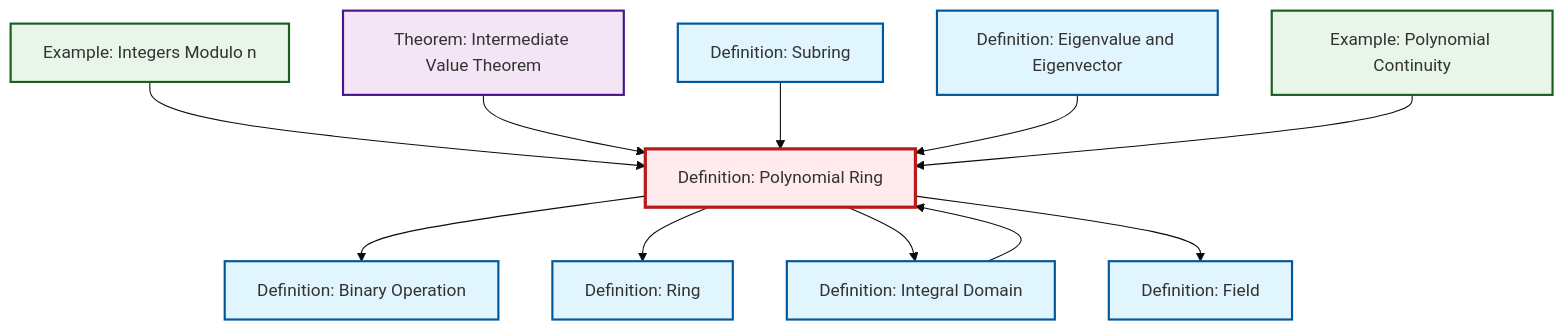
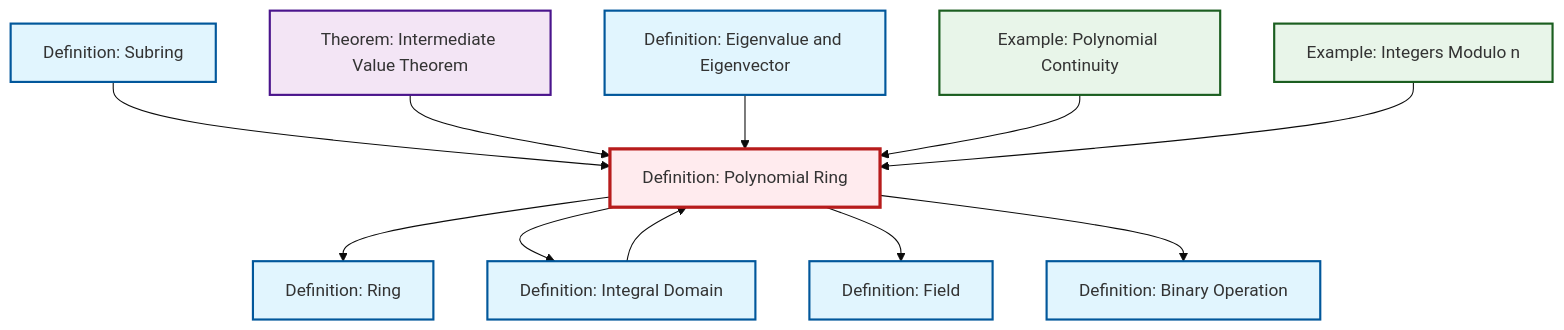
One commit to RK0429/ModernMath changed the diagram in content/ja/algebra/def-polynomial-ring.qmd. Above: the diagram before and after it, drawn with Mermaid (base theme). The commit also changed other lines of this file and 654 other files, not shown here.

First line of the commit message:
fix: Update cross-references to equivalence relation in quotient ring definitions

````diff
--- a/content/ja/algebra/def-polynomial-ring.qmd
+++ b/content/ja/algebra/def-polynomial-ring.qmd
@@ -94,39 +94,39 @@
 ```{mermaid}
 %%| fig-cap: "Local dependency graph"
 graph TD
     classDef definition fill:#e1f5fe,stroke:#01579b,stroke-width:2px
     classDef theorem fill:#f3e5f5,stroke:#4a148c,stroke-width:2px
     classDef axiom fill:#fff3e0,stroke:#e65100,stroke-width:2px
     classDef example fill:#e8f5e9,stroke:#1b5e20,stroke-width:2px
     classDef current fill:#ffebee,stroke:#b71c1c,stroke-width:3px
+    ex-polynomial-continuity["Example: Polynomial Continuity"]:::example
+    def-polynomial-ring["Definition: Polynomial Ring"]:::definition
+    def-field["Definition: Field"]:::definition
+    thm-intermediate-value["Theorem: Intermediate Value Theorem"]:::theorem
+    def-eigenvalue-eigenvector["Definition: Eigenvalue and Eigenvector"]:::definition
+    def-ring["Definition: Ring"]:::definition
     def-binary-operation["Definition: Binary Operation"]:::definition
-    ex-polynomial-continuity["Example: Polynomial Continuity"]:::example
-    def-ring["Definition: Ring"]:::definition
-    def-eigenvalue-eigenvector["Definition: Eigenvalue and Eigenvector"]:::definition
     def-integral-domain["Definition: Integral Domain"]:::definition
     def-subring["Definition: Subring"]:::definition
     ex-quotient-integers-mod-n["Example: Integers Modulo n"]:::example
-    def-field["Definition: Field"]:::definition
-    thm-intermediate-value["Theorem: Intermediate Value Theorem"]:::theorem
-    def-polynomial-ring["Definition: Polynomial Ring"]:::definition
-    ex-quotient-integers-mod-n --> def-polynomial-ring
+    def-polynomial-ring --> def-ring
+    def-subring --> def-polynomial-ring
+    def-polynomial-ring --> def-integral-domain
     thm-intermediate-value --> def-polynomial-ring
-    def-polynomial-ring --> def-binary-operation
-    def-subring --> def-polynomial-ring
+    def-polynomial-ring --> def-field
+    def-integral-domain --> def-polynomial-ring
     def-eigenvalue-eigenvector --> def-polynomial-ring
     ex-polynomial-continuity --> def-polynomial-ring
-    def-integral-domain --> def-polynomial-ring
-    def-polynomial-ring --> def-ring
-    def-polynomial-ring --> def-integral-domain
-    def-polynomial-ring --> def-field
+    ex-quotient-integers-mod-n --> def-polynomial-ring
+    def-polynomial-ring --> def-binary-operation
     class def-polynomial-ring current
+    click ex-polynomial-continuity "ex-polynomial-continuity.html" "Example: Polynomial Continuityへ"
+    click def-field "def-field.html" "Definition: Fieldへ"
+    click thm-intermediate-value "thm-intermediate-value.html" "Theorem: Intermediate Value Theoremへ"
+    click def-eigenvalue-eigenvector "def-eigenvalue-eigenvector.html" "Definition: Eigenvalue and Eigenvectorへ"
+    click def-ring "def-ring.html" "Definition: Ringへ"
     click def-binary-operation "def-binary-operation.html" "Definition: Binary Operationへ"
-    click ex-polynomial-continuity "ex-polynomial-continuity.html" "Example: Polynomial Continuityへ"
-    click def-ring "def-ring.html" "Definition: Ringへ"
-    click def-eigenvalue-eigenvector "def-eigenvalue-eigenvector.html" "Definition: Eigenvalue and Eigenvectorへ"
     click def-integral-domain "def-integral-domain.html" "Definition: Integral Domainへ"
     click def-subring "def-subring.html" "Definition: Subringへ"
     click ex-quotient-integers-mod-n "ex-quotient-integers-mod-n.html" "Example: Integers Modulo nへ"
-    click def-field "def-field.html" "Definition: Fieldへ"
-    click thm-intermediate-value "thm-intermediate-value.html" "Theorem: Intermediate Value Theoremへ"
 ```
````
